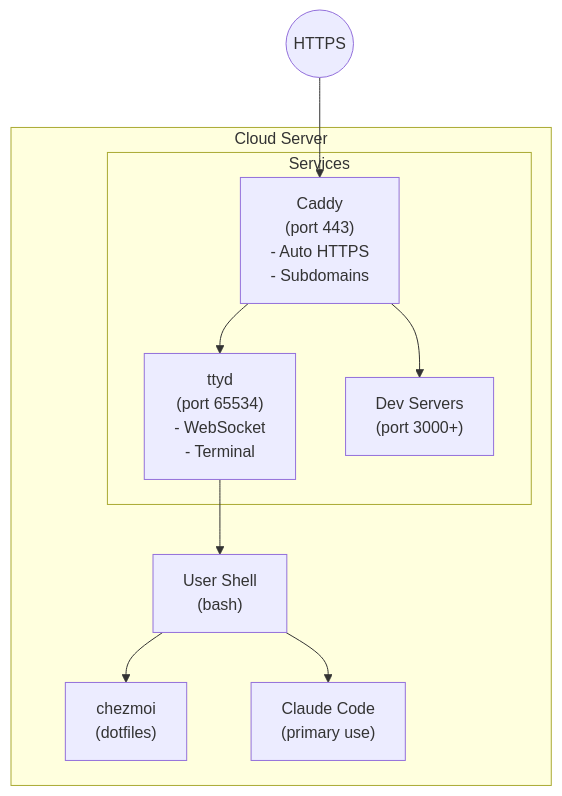
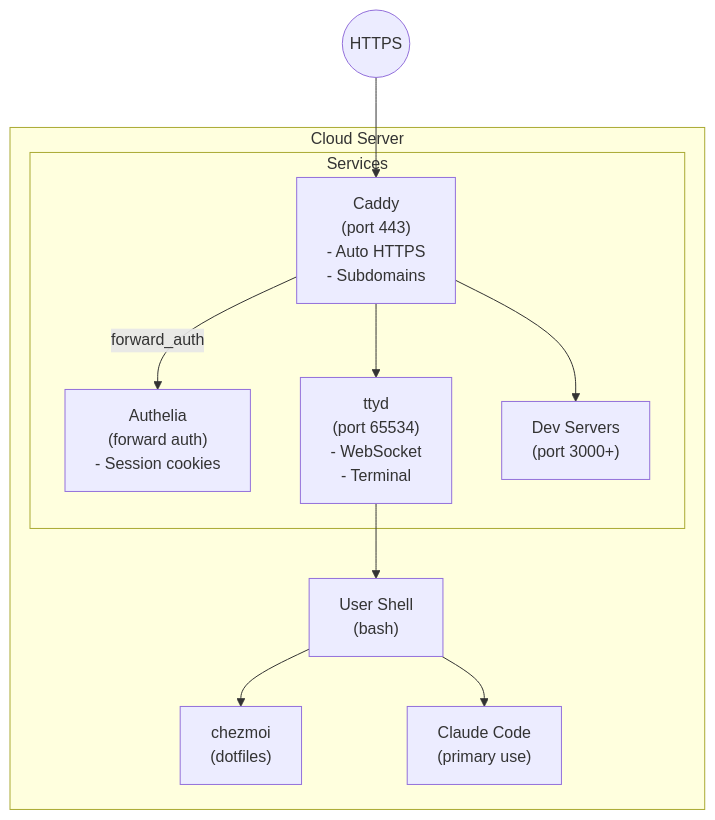
One commit to HenkVanMaanen/devbox changed the fourth of 5 diagrams in docs/architecture.md. Above: the diagram before and after it, drawn with Mermaid. The commit also changed other lines of this file and 32 other files, not shown here.

First line of the commit message:
feat: replace basic auth with Authelia forward auth

````diff
--- a/docs/architecture.md
+++ b/docs/architecture.md
@@ -161,19 +162,21 @@
 ```mermaid
 flowchart TB
     subgraph Server["Cloud Server"]
         subgraph Services["Services"]
             Caddy["Caddy<br/>(port 443)<br/>- Auto HTTPS<br/>- Subdomains"]
+            Authelia["Authelia<br/>(forward auth)<br/>- Session cookies"]
             ttyd["ttyd<br/>(port 65534)<br/>- WebSocket<br/>- Terminal"]
             DevServers["Dev Servers<br/>(port 3000+)"]
         end
 
+        Caddy -->|"forward_auth"| Authelia
         Caddy --> ttyd
         Caddy --> DevServers
 
         ttyd --> Shell["User Shell<br/>(bash)"]
         Shell --> Chezmoi["chezmoi<br/>(dotfiles)"]
         Shell --> Claude["Claude Code<br/>(primary use)"]
     end
 
     Internet((HTTPS)) --> Caddy
 ```
````
